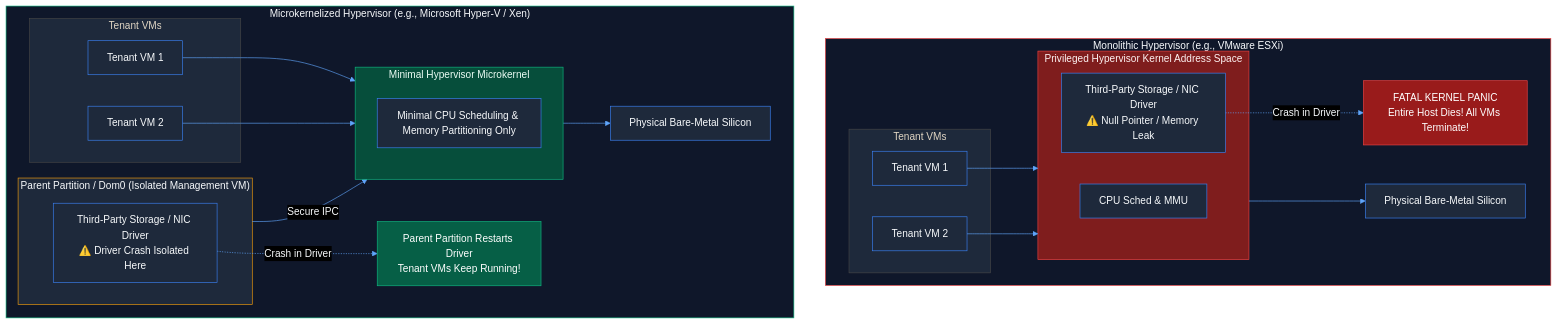
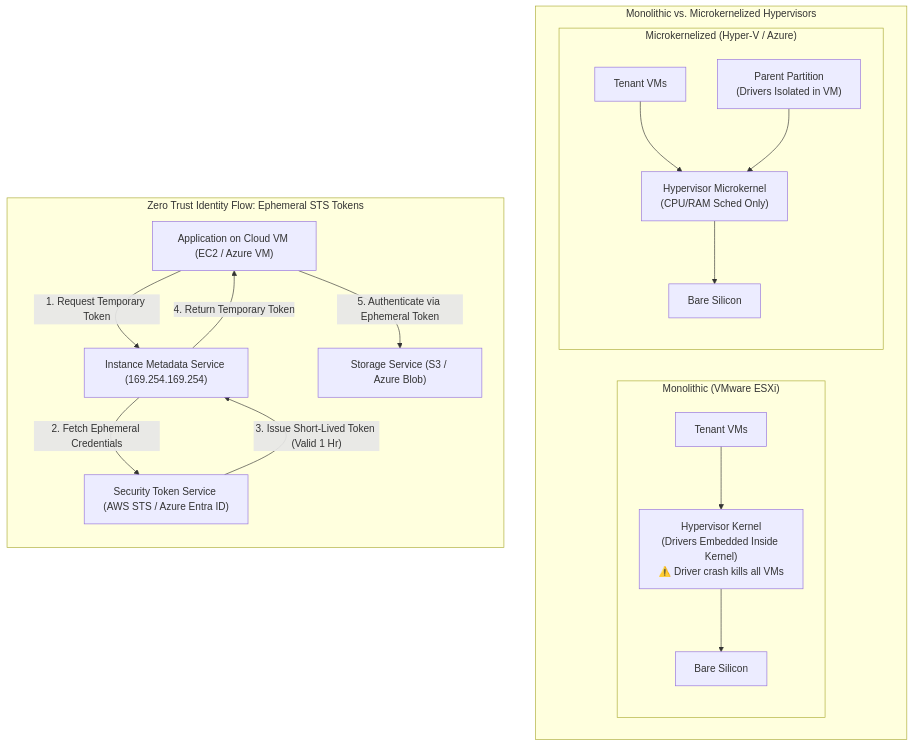
One commit to shreyash2601/bits-notes changed the diagram in Cloud Computing/Lecture 4/Lecture_04_Notes.md. Above: the diagram before and after it, drawn with Mermaid. The commit also changed other lines of this file and 31 other files, not shown here.

````diff
--- a/Cloud Computing/Lecture 4/Lecture_04_Notes.md
+++ b/Cloud Computing/Lecture 4/Lecture_04_Notes.md
@@ -217,48 +110,33 @@
 ```mermaid
-%%{init: {'theme': 'base', 'themeVariables': { 'darkMode': true, 'background': '#0f172a', 'primaryColor': '#1e293b', 'primaryTextColor': '#f8fafc', 'primaryBorderColor': '#3b82f6', 'lineColor': '#60a5fa', 'secondaryColor': '#334155', 'tertiaryColor': '#1e293b' }}}%%
-graph TB
-    subgraph Mono["Monolithic Hypervisor (e.g., VMware ESXi)"]
-        subgraph Mono_VMs["Tenant VMs"]
-            M_VM1["Tenant VM 1"]
-            M_VM2["Tenant VM 2"]
+flowchart TD
+    subgraph Hypervisors["Monolithic vs. Microkernelized Hypervisors"]
+        direction LR
+        subgraph Mono["Monolithic (VMware ESXi)"]
+            M_VM["Tenant VMs"]
+            M_Kern["Hypervisor Kernel<br/>(Drivers Embedded Inside Kernel)<br/>⚠️ Driver crash kills all VMs"]
+            M_HW["Bare Silicon"]
+            M_VM --> M_Kern --> M_HW
         end
-        subgraph Mono_Kernel["Privileged Hypervisor Kernel Address Space"]
-            M_Core["CPU Sched & MMU"]
-            M_Driver["Third-Party Storage / NIC Driver<br/>⚠️ Null Pointer / Memory Leak"]
+        subgraph Micro["Microkernelized (Hyper-V / Azure)"]
+            U_VM["Tenant VMs"]
+            Parent["Parent Partition<br/>(Drivers Isolated in VM)"]
+            U_Kern["Hypervisor Microkernel<br/>(CPU/RAM Sched Only)"]
+            U_HW["Bare Silicon"]
+            U_VM & Parent --> U_Kern --> U_HW
         end
-        M_HW["Physical Bare-Metal Silicon"]
-
-        M_VM1 --> Mono_Kernel
-        M_VM2 --> Mono_Kernel
-        Mono_Kernel --> M_HW
-        M_Driver -.->|Crash in Driver| Crash["FATAL KERNEL PANIC<br/>Entire Host Dies! All VMs Terminate!"]
     end
 
-    subgraph Micro["Microkernelized Hypervisor (e.g., Microsoft Hyper-V / Xen)"]
-        subgraph Micro_VMs["Tenant VMs"]
-            U_VM1["Tenant VM 1"]
-            U_VM2["Tenant VM 2"]
-        end
-        subgraph Micro_Dom0["Parent Partition / Dom0 (Isolated Management VM)"]
-            U_Driver["Third-Party Storage / NIC Driver<br/>⚠️ Driver Crash Isolated Here"]
-        end
-        subgraph Micro_Core["Minimal Hypervisor Microkernel"]
-            U_Sched["Minimal CPU Scheduling & Memory Partitioning Only"]
-        end
-        U_HW["Physical Bare-Metal Silicon"]
+    subgraph IAM["Zero Trust Identity Flow: Ephemeral STS Tokens"]
+        direction TB
+        VM["Application on Cloud VM (EC2 / Azure VM)"]
+        IMDS["Instance Metadata Service (169.254.169.254)"]
+        STS["Security Token Service (AWS STS / Azure Entra ID)"]
+        Storage["Storage Service (S3 / Azure Blob)"]
 
-        U_VM1 --> Micro_Core
-        U_VM2 --> Micro_Core
-        Micro_Dom0 -->|Secure IPC| Micro_Core
-        Micro_Core --> U_HW
-        U_Driver -.->|Crash in Driver| Safe["Parent Partition Restarts Driver<br/>Tenant VMs Keep Running!"]
+        VM -->|"1. Request Temporary Token"| IMDS
+        IMDS -->|"2. Fetch Ephemeral Credentials"| STS
+        STS -->|"3. Issue Short-Lived Token (Valid 1 Hr)"| IMDS
+        IMDS -->|"4. Return Temporary Token"| VM
+        VM -->|"5. Authenticate via Ephemeral Token"| Storage
     end
-
-    style Mono fill:#0f172a,stroke:#ef4444,color:#f8fafc
-    style Micro fill:#0f172a,stroke:#10b981,color:#f8fafc
-    style Mono_Kernel fill:#7f1d1d,stroke:#ef4444,color:#fef2f2
-    style Crash fill:#991b1b,stroke:#ef4444,color:#ffffff
-    style Micro_Dom0 fill:#1e293b,stroke:#f59e0b,color:#f8fafc
-    style Micro_Core fill:#064e3b,stroke:#10b981,color:#ecfdf5
-    style Safe fill:#065f46,stroke:#10b981,color:#ffffff
 ```
````
